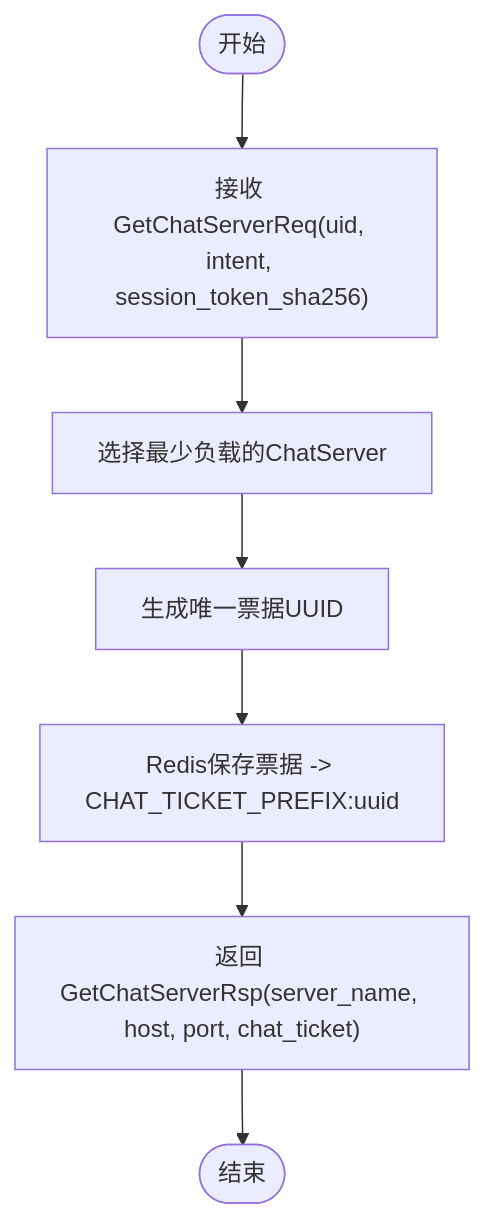
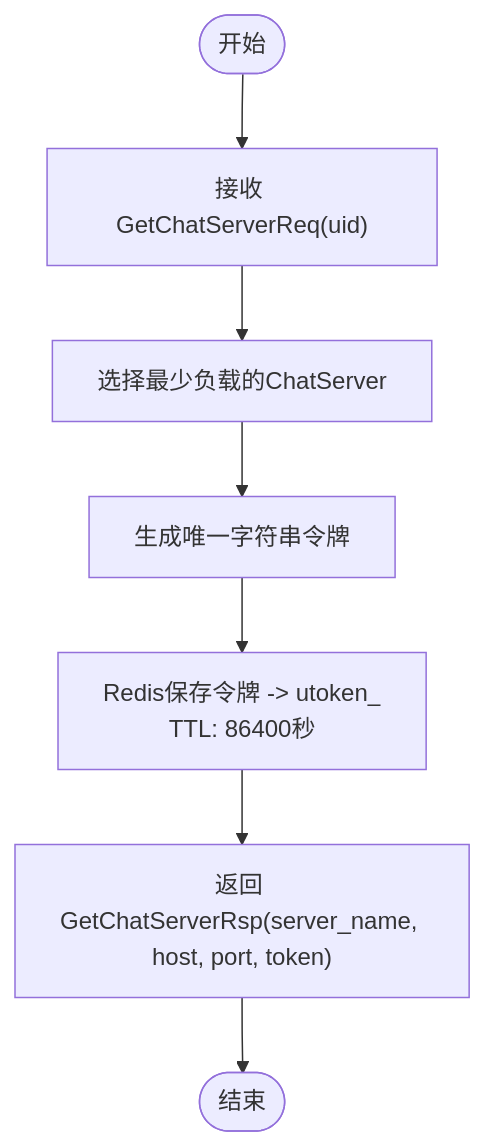
The fourth of 6 diagrams in .qoder/repowiki/zh/content/架构设计/通信协议设计/gRPC接口设计.md (echo9923/mychatter), drawn with Mermaid before and after one commit. The commit also changed other lines of this file and 58 other files, not shown here.

````diff
--- a/.qoder/repowiki/zh/content/架构设计/通信协议设计/gRPC接口设计.md
+++ b/.qoder/repowiki/zh/content/架构设计/通信协议设计/gRPC接口设计.md
@@ -276,9 +293,9 @@
 ```mermaid
 flowchart TD
-Start(["开始"]) --> Req["接收 GetChatServerReq(uid, intent, session_token_sha256)"]
+Start(["开始"]) --> Req["接收 GetChatServerReq(uid)"]
 Req --> Select["选择最少负载的ChatServer"]
-Select --> Generate["生成唯一票据UUID"]
-Generate --> Save["Redis保存票据 -> CHAT_TICKET_PREFIX:uuid"]
-Save --> Resp["返回 GetChatServerRsp(server_name, host, port, chat_ticket)"]
+Select --> Generate["生成唯一字符串令牌"]
+Generate --> Save["Redis保存令牌 -> utoken_<uid><br/>TTL: 86400秒"]
+Save --> Resp["返回 GetChatServerRsp(server_name, host, port, token)"]
 Resp --> End(["结束"])
 ```
````
